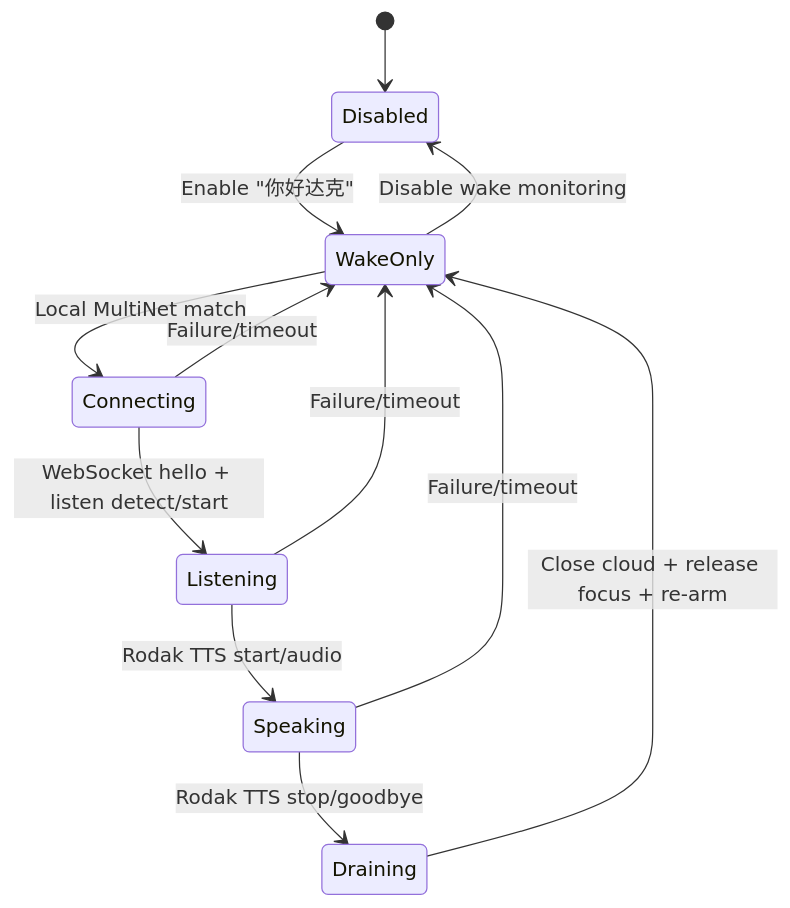
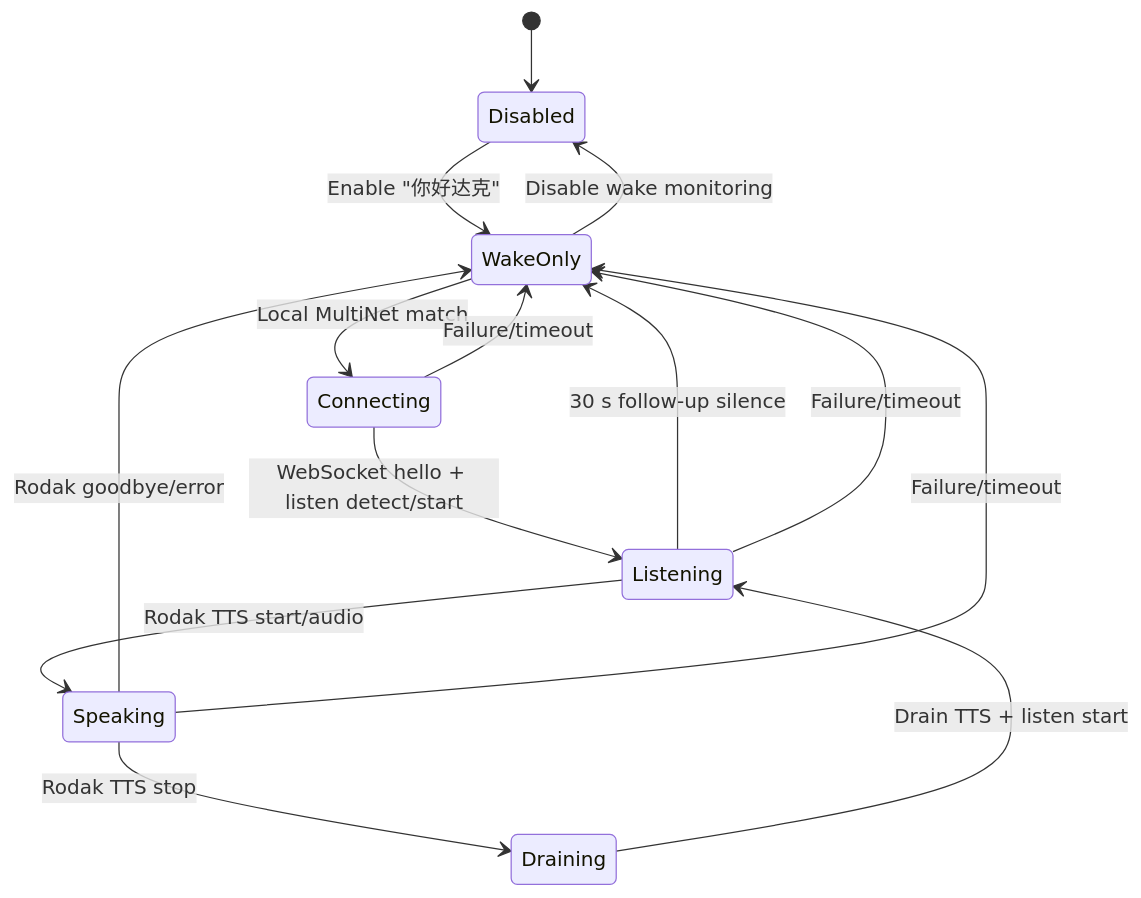
The diagram in docs/voice-assistant.md (rymcu/rodakos), drawn with Mermaid before and after one commit. The commit also changed other lines of this file and 23 other files, not shown here.

````diff
--- a/docs/voice-assistant.md
+++ b/docs/voice-assistant.md
@@ -23,14 +25,16 @@
 ```mermaid
 stateDiagram-v2
   [*] --> Disabled
   Disabled --> WakeOnly: Enable "你好达克"
   WakeOnly --> Connecting: Local MultiNet match
   Connecting --> Listening: WebSocket hello + listen detect/start
   Listening --> Speaking: Rodak TTS start/audio
-  Speaking --> Draining: Rodak TTS stop/goodbye
-  Draining --> WakeOnly: Close cloud + release focus + re-arm
+  Speaking --> Draining: Rodak TTS stop
+  Draining --> Listening: Drain TTS + listen start
+  Listening --> WakeOnly: 30 s follow-up silence
+  Speaking --> WakeOnly: Rodak goodbye/error
   Connecting --> WakeOnly: Failure/timeout
   Listening --> WakeOnly: Failure/timeout
   Speaking --> WakeOnly: Failure/timeout
   WakeOnly --> Disabled: Disable wake monitoring
 ```
````
